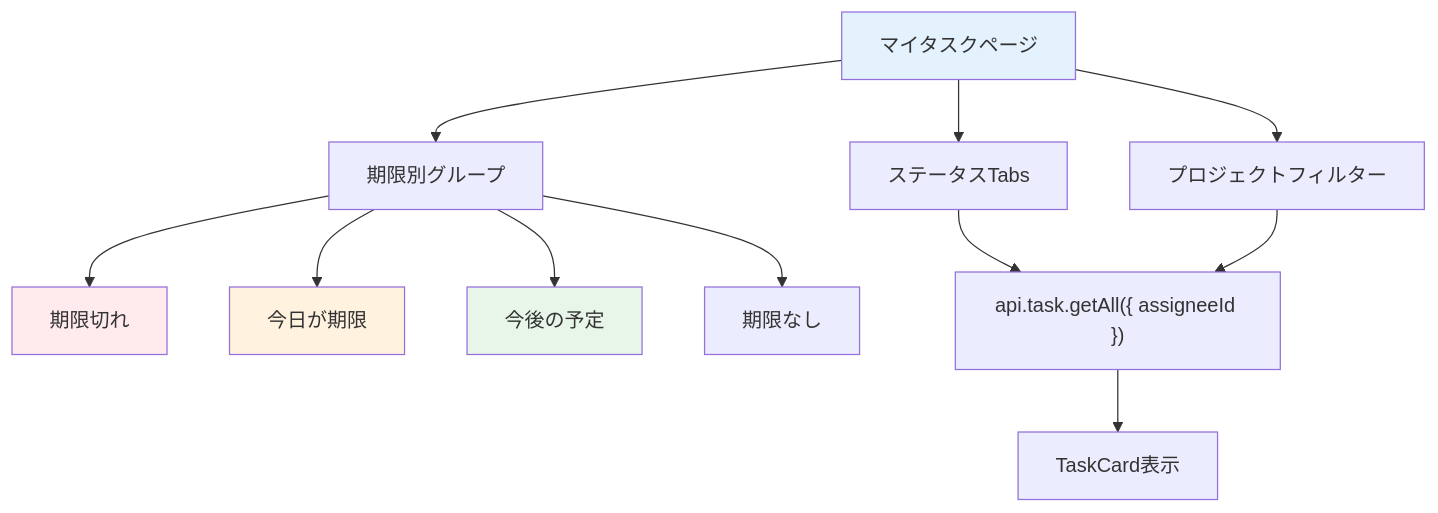
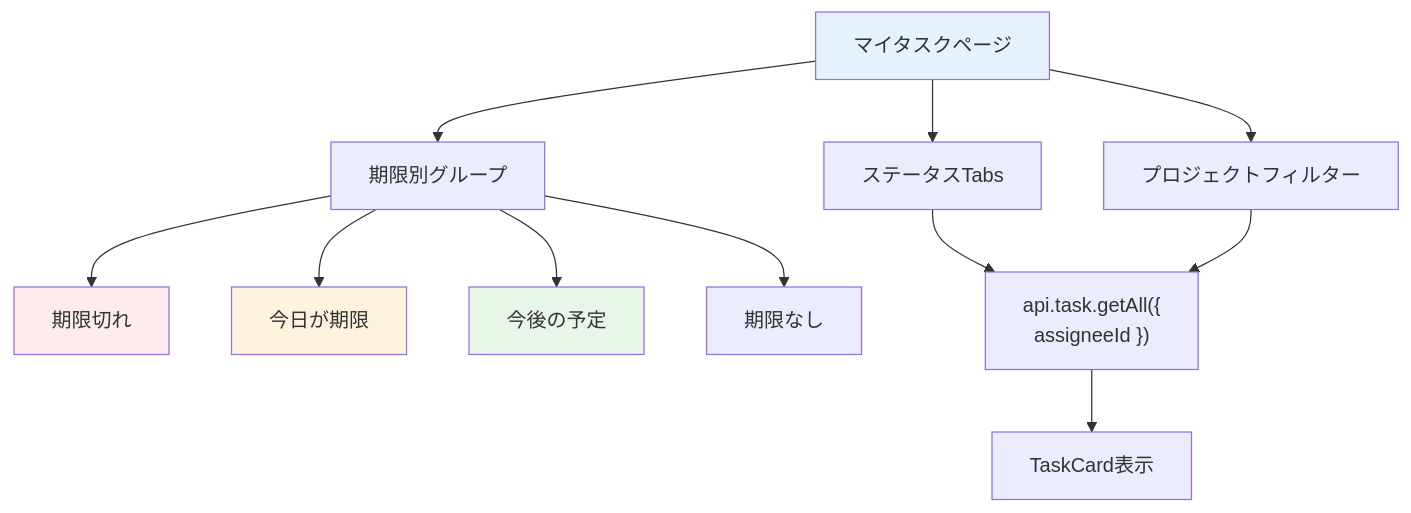
One commit to kouiso/task-app changed the first of 2 diagrams in material/30days-curriculum/day17_自分のタスクページ.md. Above: the diagram before and after it, drawn with Mermaid. The commit also changed 24 other files, not shown here.

First line of the commit message:
fix(material): Mermaid 図のファイル名キャプションとノード途中折れを直す (#457) (#718)

````diff
--- a/material/30days-curriculum/day17_自分のタスクページ.md
+++ b/material/30days-curriculum/day17_自分のタスクページ.md
@@ -25,19 +25,19 @@
 ```mermaid
 flowchart TD
     A[マイタスクページ] --> B[ステータスTabs]
     A --> C[プロジェクトフィルター]
     A --> D[期限別グループ]
     D --> E[期限切れ]
     D --> F[今日が期限]
     D --> G[今後の予定]
     D --> H[期限なし]
 
-    B --> I["api.task.getAll({ assigneeId })"]
+    B --> I["api.task.getAll({<br/>assigneeId })"]
     C --> I
     I --> J[TaskCard表示]
 
     style A fill:#e3f2fd
     style E fill:#ffebee
     style F fill:#fff3e0
     style G fill:#e8f5e9
 ```
````
